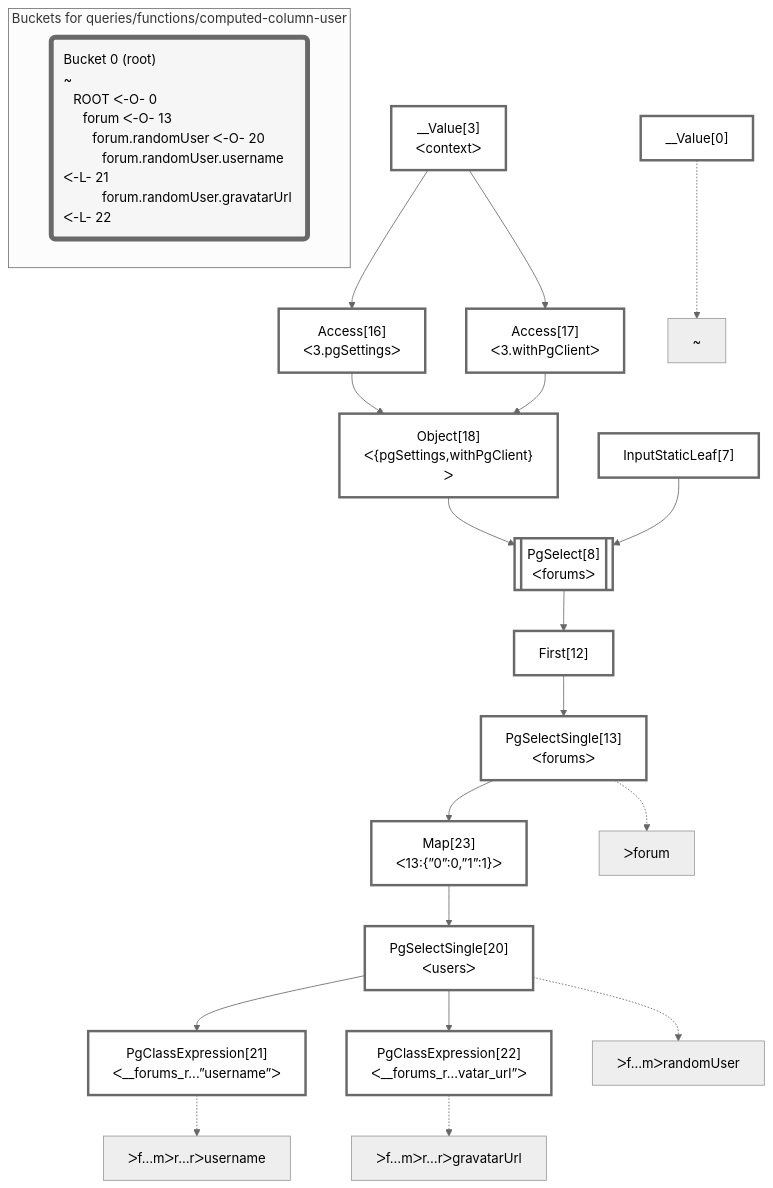
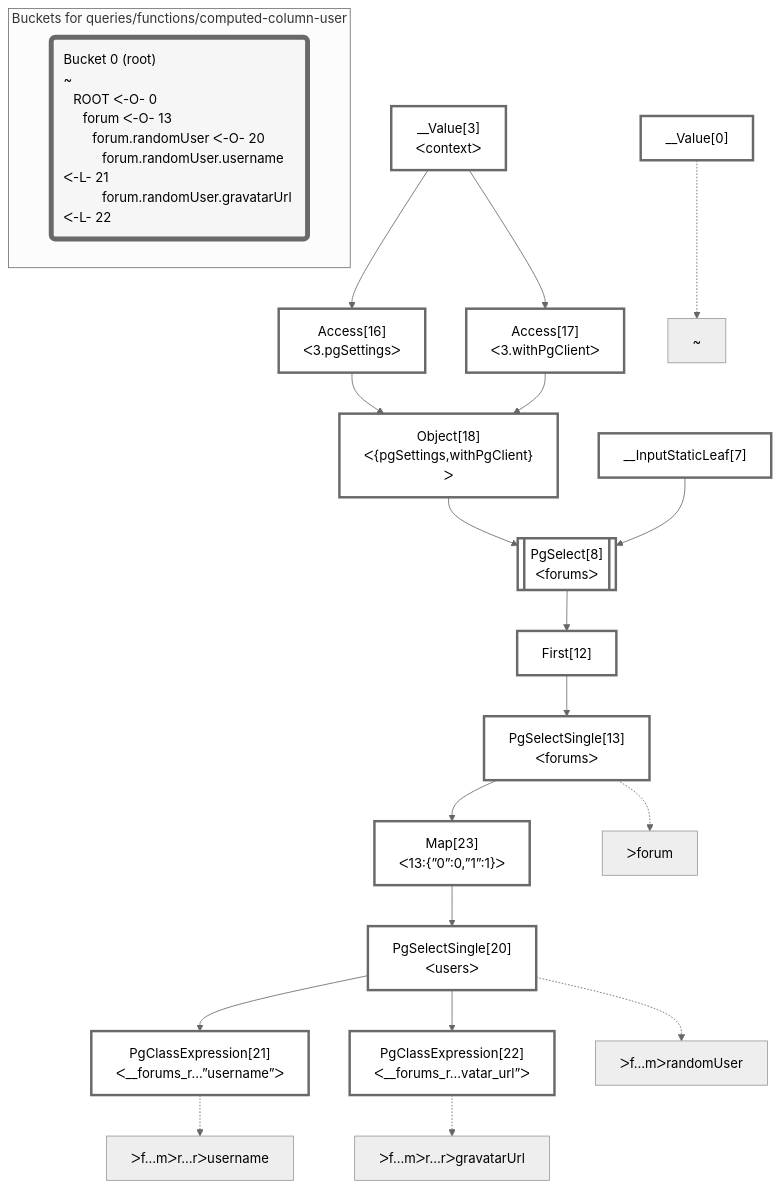
Before and after one commit to graphile/crystal: the diagram in packages/dataplan-pg/__tests__/queries/functions/computed-column-user.mermaid.md, drawn with Mermaid (neutral theme). The commit also changed 79 other files, not shown here.

````diff
--- a/packages/dataplan-pg/__tests__/queries/functions/computed-column-user.mermaid.md
+++ b/packages/dataplan-pg/__tests__/queries/functions/computed-column-user.mermaid.md
@@ -1,54 +1,54 @@
 ```mermaid
 graph TD
     classDef path fill:#eee,stroke:#000,color:#000
     classDef plan fill:#fff,stroke-width:3px,color:#000
     classDef itemplan fill:#fff,stroke-width:6px,color:#000
     classDef sideeffectplan fill:#f00,stroke-width:6px,color:#000
     classDef bucket fill:#f6f6f6,color:#000,stroke-width:6px,text-align:left
 
 
     %% define plans
     __Value0["__Value[0]"]:::plan
     PgClassExpression21["PgClassExpression[21]<br />ᐸ__forums_r...”username”ᐳ"]:::plan
     PgClassExpression22["PgClassExpression[22]<br />ᐸ__forums_r...vatar_url”ᐳ"]:::plan
     PgSelectSingle20["PgSelectSingle[20]<br />ᐸusersᐳ"]:::plan
     Map23["Map[23]<br />ᐸ13:{”0”:0,”1”:1}ᐳ"]:::plan
     PgSelectSingle13["PgSelectSingle[13]<br />ᐸforumsᐳ"]:::plan
     First12["First[12]"]:::plan
     PgSelect8[["PgSelect[8]<br />ᐸforumsᐳ"]]:::plan
     Object18["Object[18]<br />ᐸ{pgSettings,withPgClient}ᐳ"]:::plan
     Access16["Access[16]<br />ᐸ3.pgSettingsᐳ"]:::plan
     Access17["Access[17]<br />ᐸ3.withPgClientᐳ"]:::plan
     __Value3["__Value[3]<br />ᐸcontextᐳ"]:::plan
-    InputStaticLeaf7["InputStaticLeaf[7]"]:::plan
+    __InputStaticLeaf7["__InputStaticLeaf[7]"]:::plan
 
     %% plan dependencies
     PgSelectSingle20 --> PgClassExpression21
     PgSelectSingle20 --> PgClassExpression22
     Map23 --> PgSelectSingle20
     PgSelectSingle13 --> Map23
     First12 --> PgSelectSingle13
     PgSelect8 --> First12
-    Object18 & InputStaticLeaf7 --> PgSelect8
+    Object18 & __InputStaticLeaf7 --> PgSelect8
     Access16 & Access17 --> Object18
     __Value3 --> Access16
     __Value3 --> Access17
 
     %% plan-to-path relationships
     P0["~"]
     __Value0 -.-> P0
     P13["ᐳforum"]
     PgSelectSingle13 -.-> P13
     P20["ᐳf…mᐳrandomUser"]
     PgSelectSingle20 -.-> P20
     P21["ᐳf…mᐳr…rᐳusername"]
     PgClassExpression21 -.-> P21
     P22["ᐳf…mᐳr…rᐳgravatarUrl"]
     PgClassExpression22 -.-> P22
 
     subgraph "Buckets for queries/functions/computed-column-user"
     Bucket0("Bucket 0 (root)<br />~<br />⠀ROOT ᐸ-O- 0<br />⠀⠀forum ᐸ-O- 13<br />⠀⠀⠀forum.randomUser ᐸ-O- 20<br />⠀⠀⠀⠀forum.randomUser.username ᐸ-L- 21<br />⠀⠀⠀⠀forum.randomUser.gravatarUrl ᐸ-L- 22"):::bucket
     classDef bucket0 stroke:#696969
-    class Bucket0,__Value0,__Value3,InputStaticLeaf7,PgSelect8,First12,PgSelectSingle13,Access16,Access17,Object18,PgSelectSingle20,PgClassExpression21,PgClassExpression22,Map23 bucket0
+    class Bucket0,__Value0,__Value3,__InputStaticLeaf7,PgSelect8,First12,PgSelectSingle13,Access16,Access17,Object18,PgSelectSingle20,PgClassExpression21,PgClassExpression22,Map23 bucket0
     end
 ```
````
